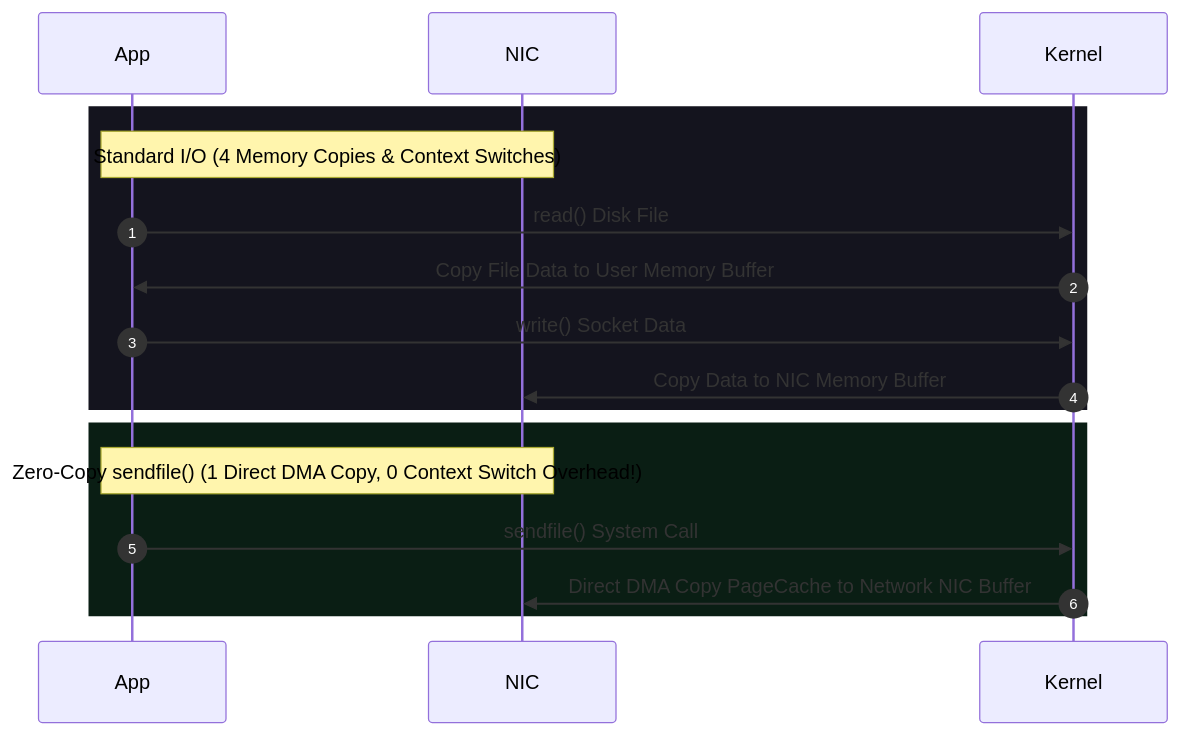
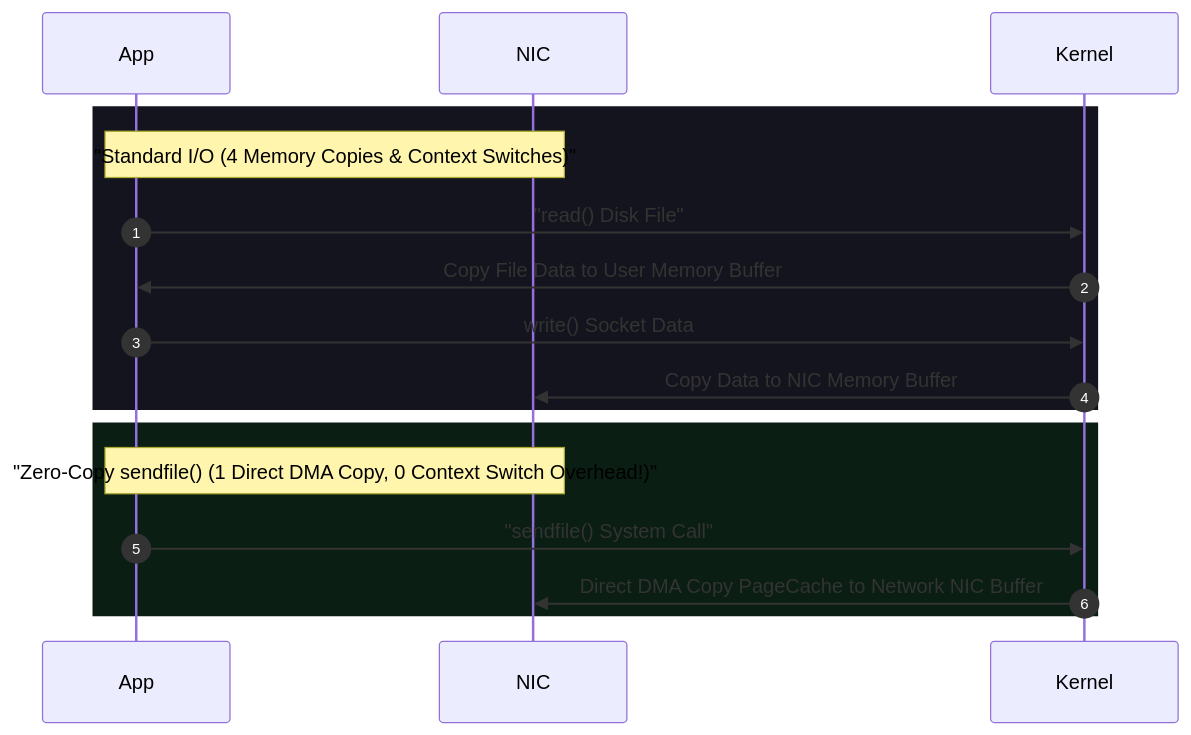
Before and after one commit to awoladhossain/awolad-docs: diagram 39 of 41 in content/networking.md, drawn with Mermaid. The commit also changed other lines of this file, not shown here.

Commit message:
fix: sanitize all sequence diagrams in networking.md by escaping special characters and declaring participants to avoid browser rendering errors

````diff
--- a/content/networking.md
+++ b/content/networking.md
@@ -1301,17 +1306,17 @@
 ```mermaid
 sequenceDiagram
     autonumber
     rect rgb(20, 20, 30)
-    Note over App, NIC: Standard I/O (4 Memory Copies & Context Switches)
-    App->>Kernel: read() Disk File
+    Note over App, NIC: "Standard I/O (4 Memory Copies & Context Switches)"
+    App->>Kernel: "read() Disk File"
     Kernel->>App: Copy File Data to User Memory Buffer
     App->>Kernel: write() Socket Data
     Kernel->>NIC: Copy Data to NIC Memory Buffer
     end
     
     rect rgb(10, 30, 20)
-    Note over App, NIC: Zero-Copy sendfile() (1 Direct DMA Copy, 0 Context Switch Overhead!)
-    App->>Kernel: sendfile() System Call
+    Note over App, NIC: "Zero-Copy sendfile() (1 Direct DMA Copy, 0 Context Switch Overhead!)"
+    App->>Kernel: "sendfile() System Call"
     Kernel->>NIC: Direct DMA Copy PageCache to Network NIC Buffer
     end
 ```
````
